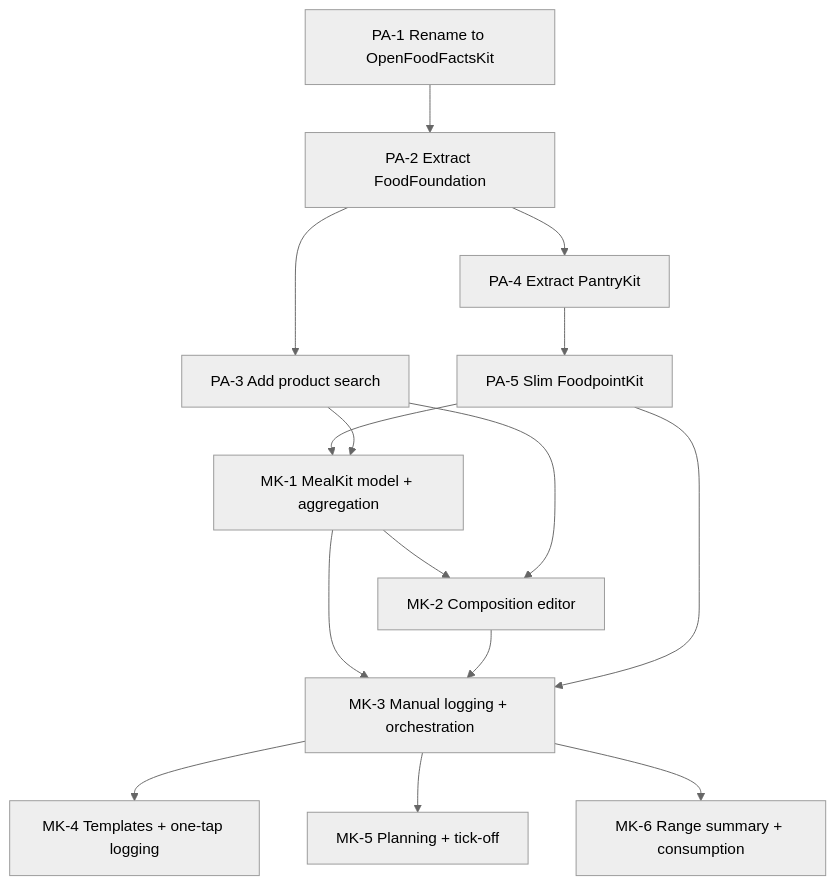
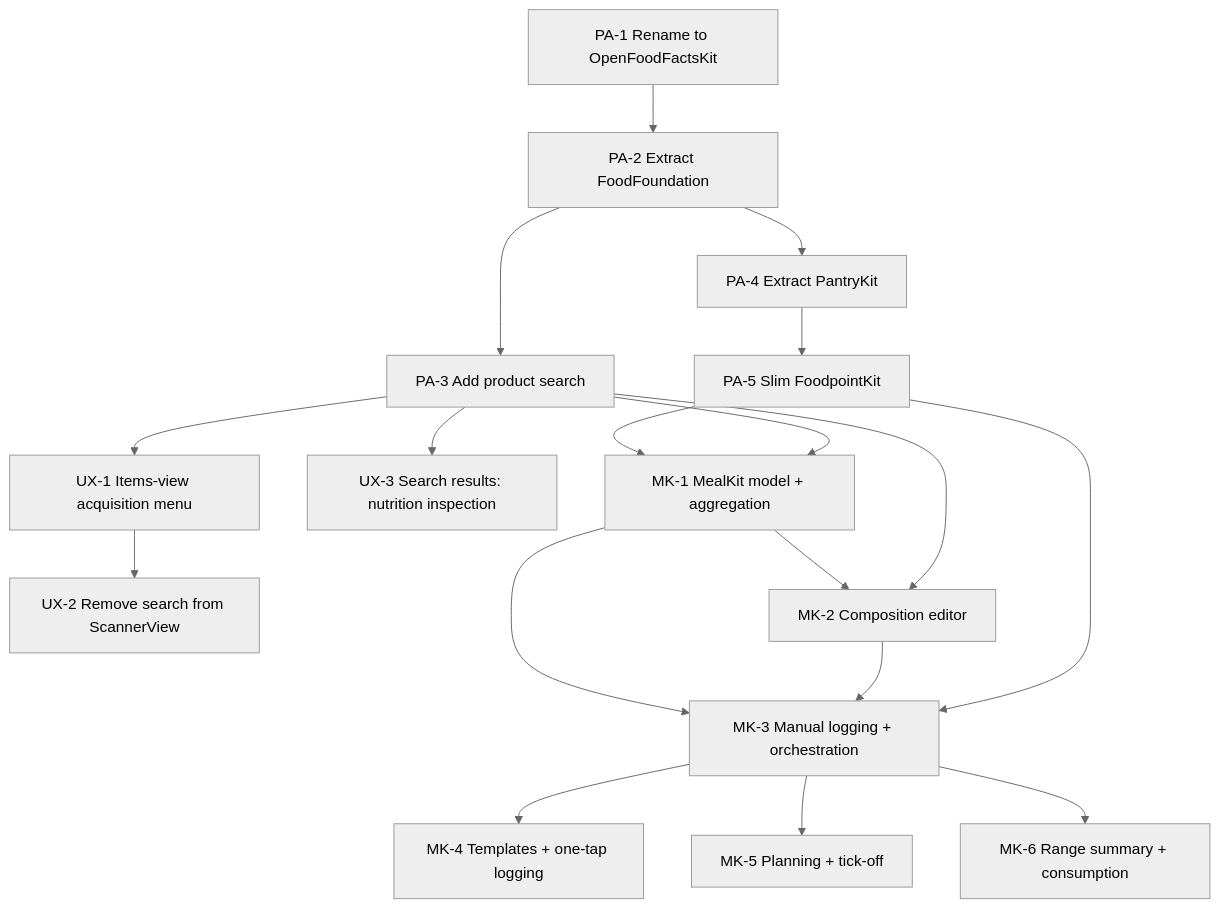
One commit to skrax/Foodpoint changed the diagram in docs/tasks/README.md. Above: the diagram before and after it, drawn with Mermaid (neutral theme). The commit also changed other lines of this file and 10 other files, not shown here.

First line of the commit message:
docs: add Search & Acquisition UX Refinement epic

````diff
--- a/docs/tasks/README.md
+++ b/docs/tasks/README.md
@@ -37,18 +37,22 @@
 ```mermaid
 graph TD
     PA1["PA-1 Rename to OpenFoodFactsKit"] --> PA2["PA-2 Extract FoodFoundation"]
     PA2 --> PA3["PA-3 Add product search"]
     PA2 --> PA4["PA-4 Extract PantryKit"]
     PA4 --> PA5["PA-5 Slim FoodpointKit"]
+
+    PA3 --> UX1["UX-1 Items-view acquisition menu"]
+    UX1 --> UX2["UX-2 Remove search from ScannerView"]
+    PA3 --> UX3["UX-3 Search results: nutrition inspection"]
 
     PA5 --> MK1["MK-1 MealKit model + aggregation"]
     PA3 --> MK1
     MK1 --> MK2["MK-2 Composition editor"]
     PA3 --> MK2
     MK1 --> MK3["MK-3 Manual logging + orchestration"]
     MK2 --> MK3
     PA5 --> MK3
     MK3 --> MK4["MK-4 Templates + one-tap logging"]
     MK3 --> MK5["MK-5 Planning + tick-off"]
     MK3 --> MK6["MK-6 Range summary + consumption"]
 ```
````
